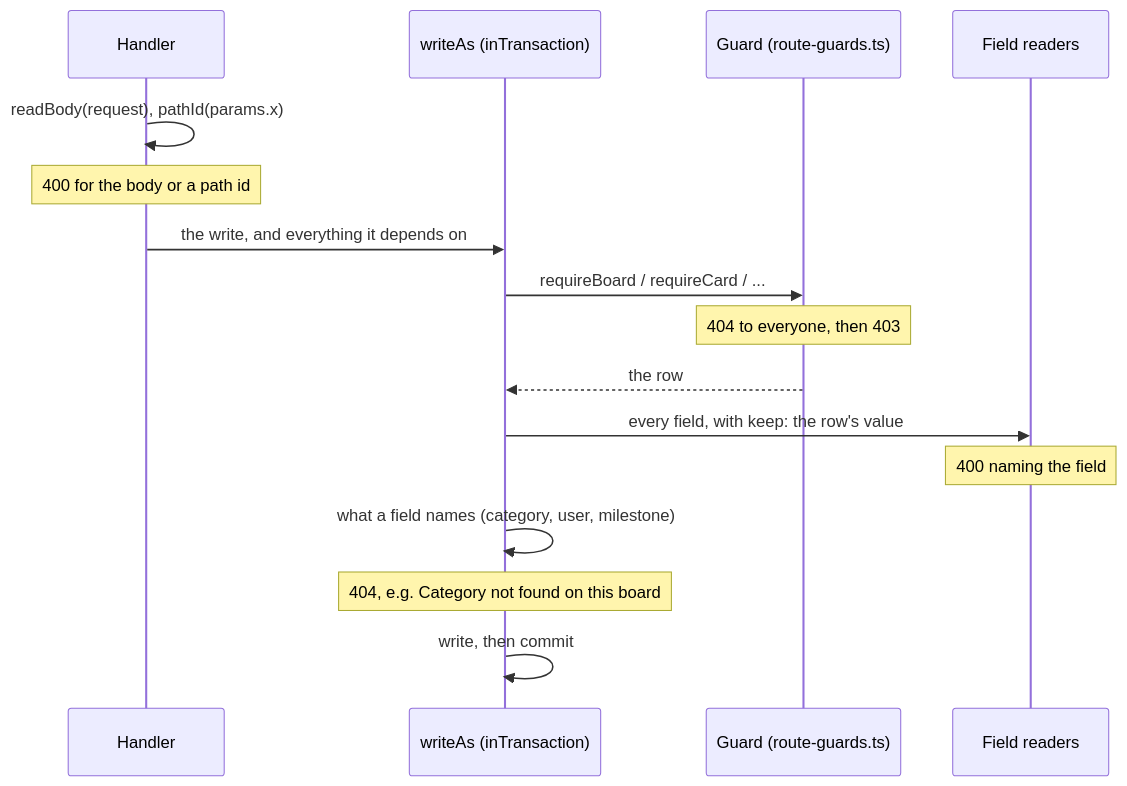
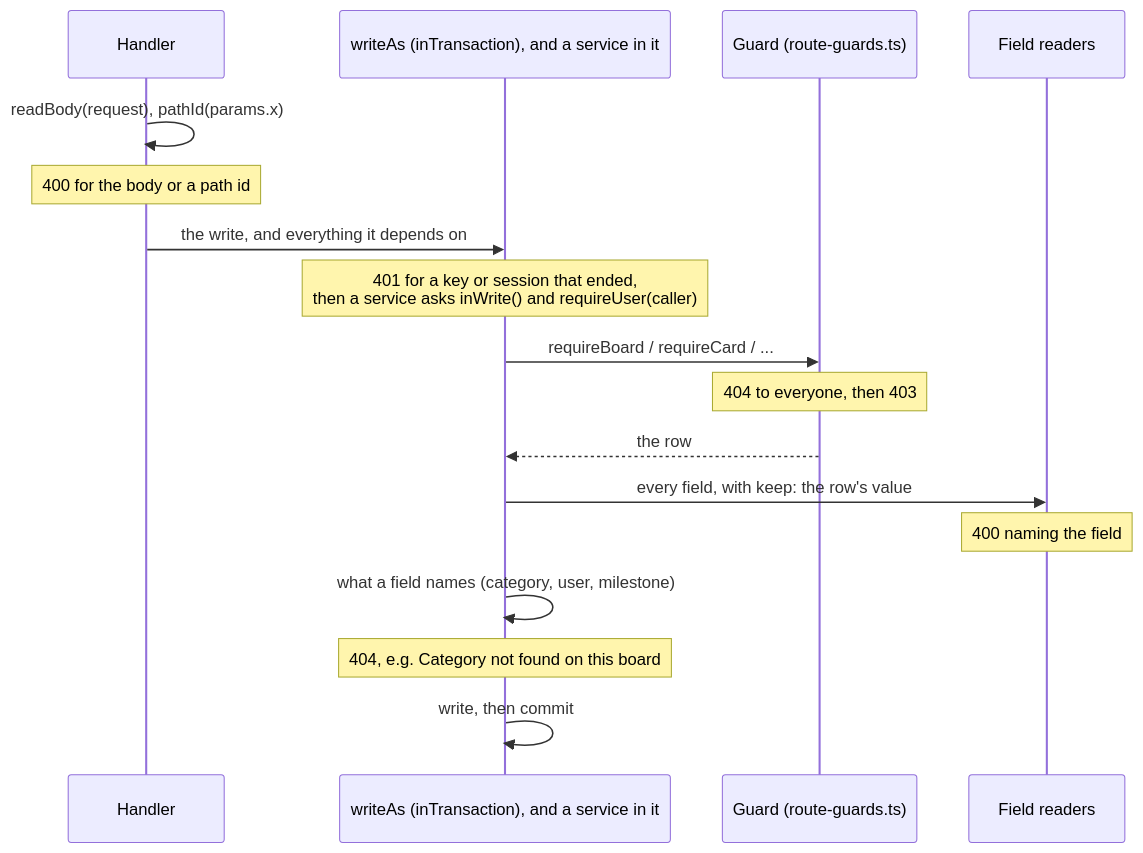
The sixth of 23 diagrams in docs/architecture.md (gitBoon/DumpFire), drawn with Mermaid before and after one commit. The commit also changed other lines of this file and 3 other files, not shown here.

````diff
--- a/docs/architecture.md
+++ b/docs/architecture.md
@@ -442,18 +450,19 @@
 ```mermaid
 sequenceDiagram
     participant H as Handler
-    participant T as writeAs (inTransaction)
+    participant T as writeAs (inTransaction), and a service in it
     participant G as Guard (route-guards.ts)
     participant R as Field readers
     H->>H: readBody(request), pathId(params.x)
     Note over H: 400 for the body or a path id
     H->>T: the write, and everything it depends on
+    Note over T: 401 for a key or session that ended,<br/>then a service asks inWrite() and requireUser(caller)
     T->>G: requireBoard / requireCard / ...
     Note over G: 404 to everyone, then 403
     G-->>T: the row
     T->>R: every field, with keep: the row's value
     Note over R: 400 naming the field
     T->>T: what a field names (category, user, milestone)
     Note over T: 404, e.g. Category not found on this board
     T->>T: write, then commit
 ```
````
